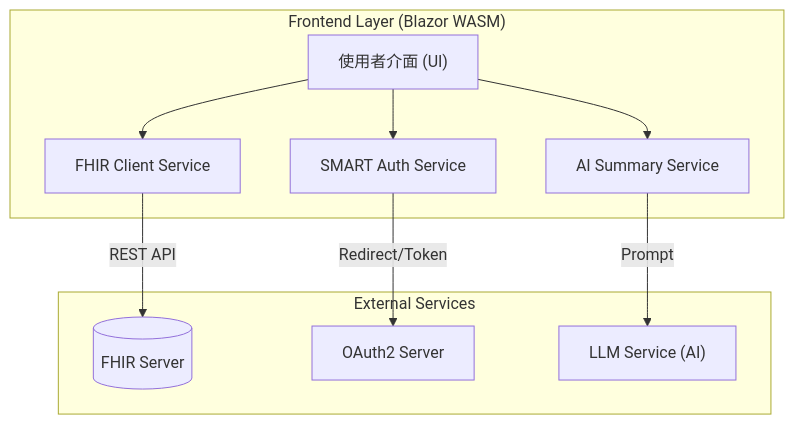
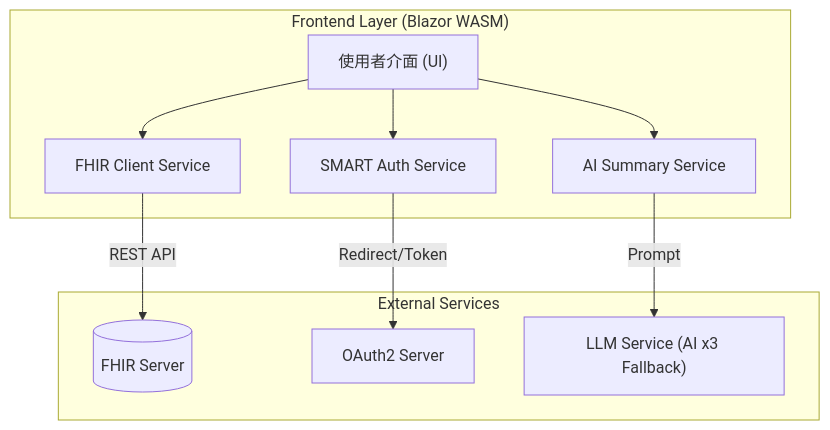
Before and after one commit to ntuh-melandz/ntuh-melandz.github.io: the second of 3 diagrams in README.md, drawn with Mermaid.

Commit message:
Update architecture diagram to show AI fallback mechanism

````diff
--- a/README.md
+++ b/README.md
@@ -72,23 +72,23 @@
 ```mermaid
 graph TD
     subgraph "Frontend Layer (Blazor WASM)"
         UI["使用者介面 (UI)"]
         Auth["SMART Auth Service"]
         FhirClient["FHIR Client Service"]
         AiService["AI Summary Service"]
     end
 
     subgraph "External Services"
         FHIR[("FHIR Server")]
         AuthServer["OAuth2 Server"]
-        LLM["LLM Service (AI)"]
+        LLM["LLM Service (AI x3 Fallback)"]
     end
 
     UI --> Auth
     UI --> FhirClient
     UI --> AiService
     
     Auth --"Redirect/Token"--> AuthServer
     FhirClient --"REST API"--> FHIR
     AiService --"Prompt"--> LLM
 ```
````
